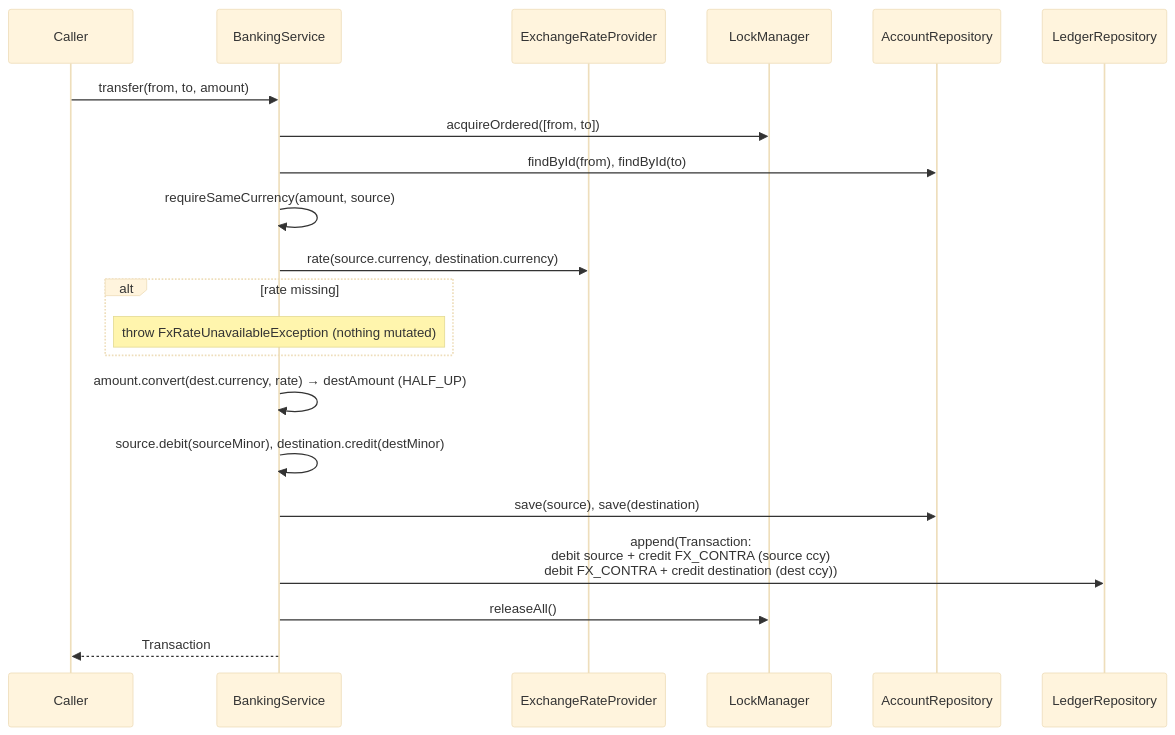
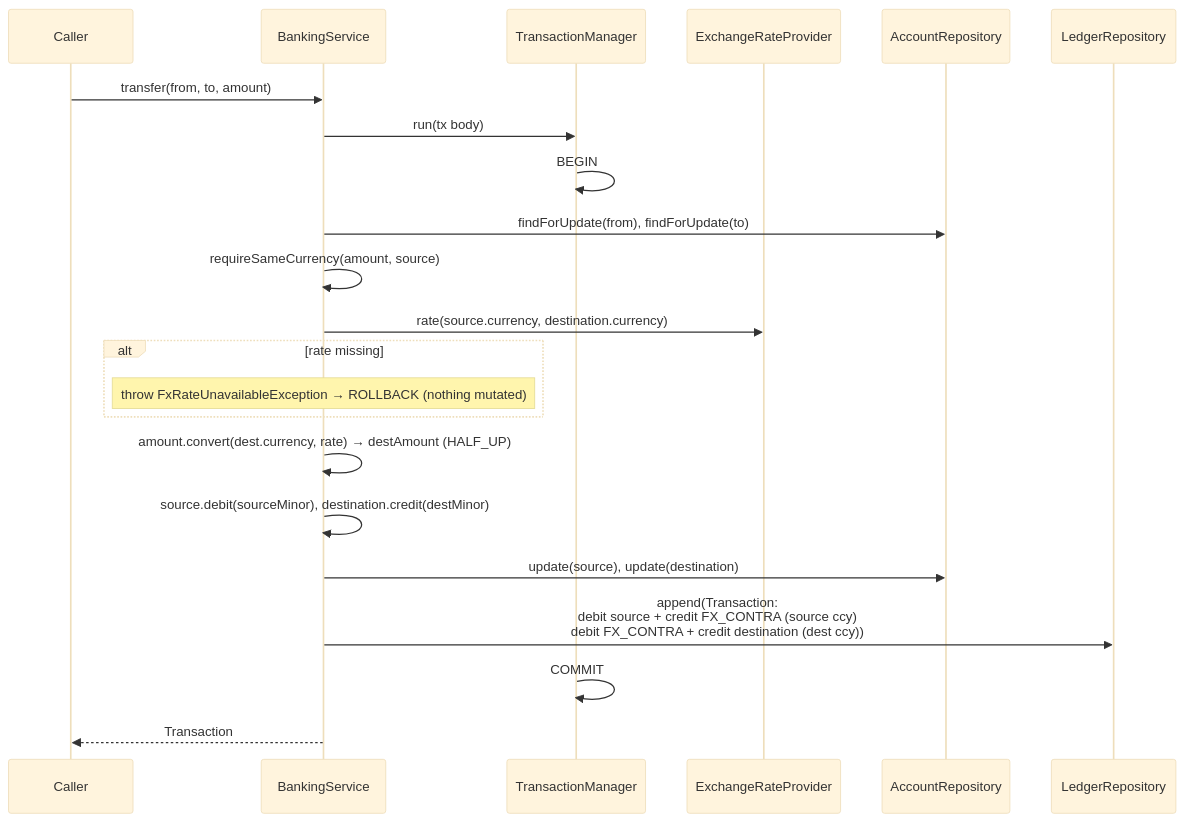
The fourth of 7 diagrams in doc/operation-flows.md (ngaikkeung/firstcircle-banking), drawn with Mermaid (base theme) before and after one commit. The commit also changed other lines of this file and 33 other files, not shown here.

````diff
--- a/doc/operation-flows.md
+++ b/doc/operation-flows.md
@@ -98,24 +105,25 @@
 ```mermaid
 sequenceDiagram
     participant C as Caller
     participant S as BankingService
+    participant TM as TransactionManager
     participant F as ExchangeRateProvider
-    participant L as LockManager
     participant R as AccountRepository
     participant G as LedgerRepository
 
     C->>S: transfer(from, to, amount)
-    S->>L: acquireOrdered([from, to])
-    S->>R: findById(from), findById(to)
+    S->>TM: run(tx body)
+    TM->>TM: BEGIN
+    S->>R: findForUpdate(from), findForUpdate(to)
     S->>S: requireSameCurrency(amount, source)
     S->>F: rate(source.currency, destination.currency)
     alt rate missing
-        Note over S: throw FxRateUnavailableException (nothing mutated)
+        Note over S: throw FxRateUnavailableException → ROLLBACK (nothing mutated)
     end
     S->>S: amount.convert(dest.currency, rate) → destAmount (HALF_UP)
     S->>S: source.debit(sourceMinor), destination.credit(destMinor)
-    S->>R: save(source), save(destination)
+    S->>R: update(source), update(destination)
     S->>G: append(Transaction:<br/>debit source + credit FX_CONTRA (source ccy)<br/>debit FX_CONTRA + credit destination (dest ccy))
-    S->>L: releaseAll()
+    TM->>TM: COMMIT
     S-->>C: Transaction
 ```
````
